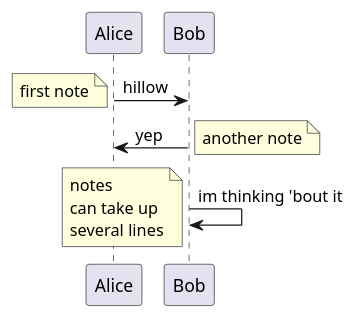
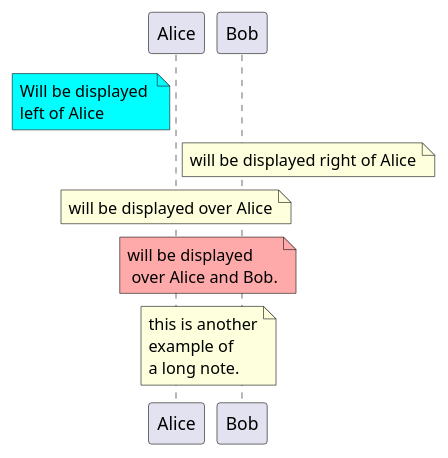
The diagram in sequence.wsd (mizandarii/uml), drawn with PlantUML before and after one commit.

```diff
--- a/sequence.wsd
+++ b/sequence.wsd
@@ -1,14 +1,20 @@
 @startuml 
-Alice->Bob : hillow
-note left: first note
+participant Alice
+participant Bob
+note left of Alice #aqua
+Will be displayed 
+left of Alice
+end note
 
-Bob->Alice : yep
-note right: another note
+note right of Alice: will be displayed right of Alice
 
-Bob->Bob: im thinking 'bout it
-note left
-notes
-can take up
-several lines
+note over Alice: will be displayed over Alice
+
+note over Alice, Bob #FFAAAA: will be displayed\n over Alice and Bob.
+
+note over Bob, Alice
+this is another
+example of
+a long note.
 end note
 @enduml
```
